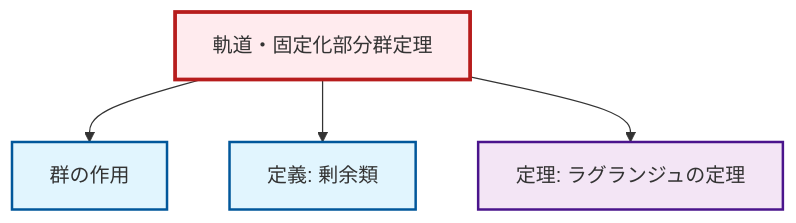
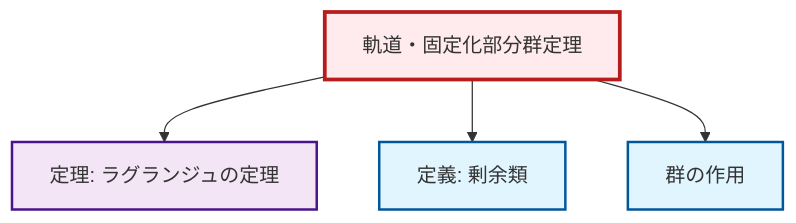
The diagram in content/ja/algebra/thm-orbit-stabilizer.qmd (RK0429/ModernMath), drawn with Mermaid before and after one commit. The commit also changed other lines of this file and 1012 other files, not shown here.

````diff
--- a/content/ja/algebra/thm-orbit-stabilizer.qmd
+++ b/content/ja/algebra/thm-orbit-stabilizer.qmd
@@ -64,20 +64,20 @@
 ```{mermaid}
 %%| fig-cap: "Local dependency graph"
 graph TD
     classDef definition fill:#e1f5fe,stroke:#01579b,stroke-width:2px
     classDef theorem fill:#f3e5f5,stroke:#4a148c,stroke-width:2px
     classDef axiom fill:#fff3e0,stroke:#e65100,stroke-width:2px
     classDef example fill:#e8f5e9,stroke:#1b5e20,stroke-width:2px
     classDef current fill:#ffebee,stroke:#b71c1c,stroke-width:3px
     thm-orbit-stabilizer["軌道・固定化部分群定理"]:::theorem
+    thm-lagrange["定理: ラグランジュの定理"]:::theorem
     def-coset["定義: 剰余類"]:::definition
     def-group-action["群の作用"]:::definition
-    thm-lagrange["定理: ラグランジュの定理"]:::theorem
+    thm-orbit-stabilizer --> thm-lagrange
+    thm-orbit-stabilizer --> def-coset
     thm-orbit-stabilizer --> def-group-action
-    thm-orbit-stabilizer --> def-coset
-    thm-orbit-stabilizer --> thm-lagrange
     class thm-orbit-stabilizer current
+    click thm-lagrange "thm-lagrange.html" "ラグランジュの定理の定理へ"
     click def-coset "def-coset.html" "剰余類の定義へ"
     click def-group-action "def-group-action.html" "群の作用へ"
-    click thm-lagrange "thm-lagrange.html" "ラグランジュの定理の定理へ"
 ```
````
